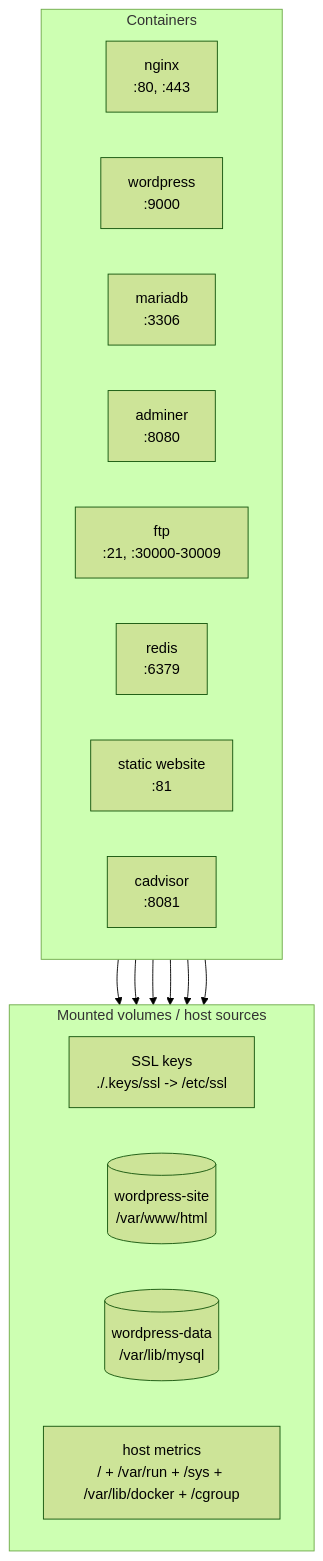
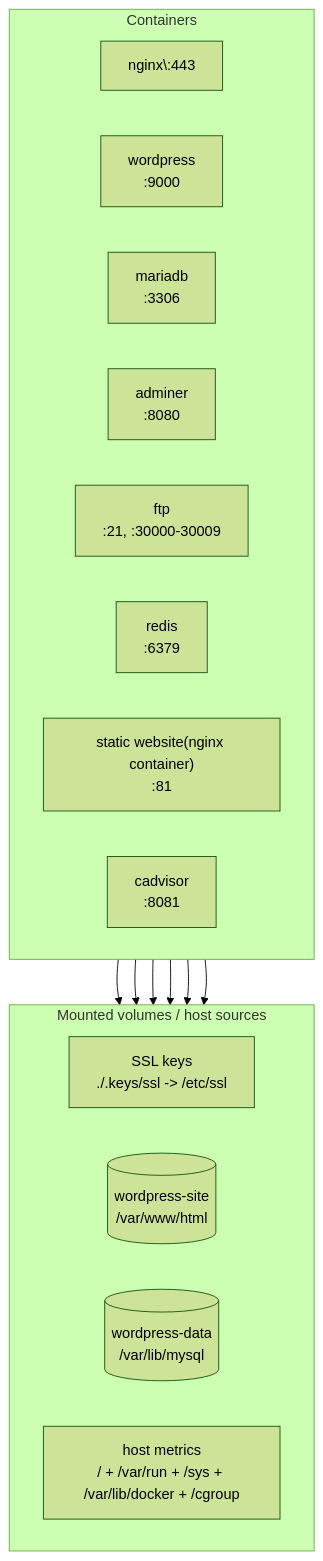
One commit to zuzanapiarova/42-inception changed the diagram in README.md. Above: the diagram before and after it, drawn with Mermaid (forest theme). The commit also changed other lines of this file and 1 other file, not shown here.

Commit message:
chore: eval docs in progress

````diff
--- a/README.md
+++ b/README.md
@@ -26,29 +26,29 @@
 ```mermaid
 flowchart TB
     subgraph Containers["Containers"]
         direction LR
-        Nginx["nginx\n:80, :443"]
+        Nginx["nginx\:443"]
         WP["wordpress\n:9000"]
         DB["mariadb\n:3306"]
         Adminer["adminer\n:8080"]
         FTP["ftp\n:21, :30000-30009"]
         Redis["redis\n:6379"]
-        Static["static website\n:81"]
+        Static["static website(nginx container)\n:81"]
         Cadvisor["cadvisor\n:8081"]
     end
 
     subgraph Mounts["Mounted volumes / host sources"]
         direction LR
         SSL["SSL keys\n./.keys/ssl -> /etc/ssl"]
         SiteVol[("wordpress-site\n/var/www/html")]
         DBVol[("wordpress-data\n/var/lib/mysql")]
         CadvisorSources["host metrics\n/ + /var/run + /sys + /var/lib/docker + /cgroup"]
     end
 
     Nginx --> SSL
     Nginx --> SiteVol
     WP --> SiteVol
     FTP --> SiteVol
     DB --> DBVol
     Cadvisor --> CadvisorSources
 ```
````
